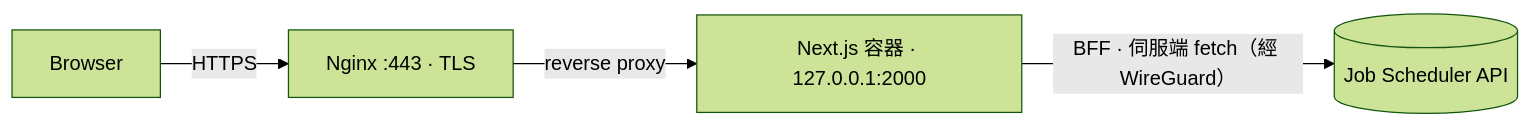
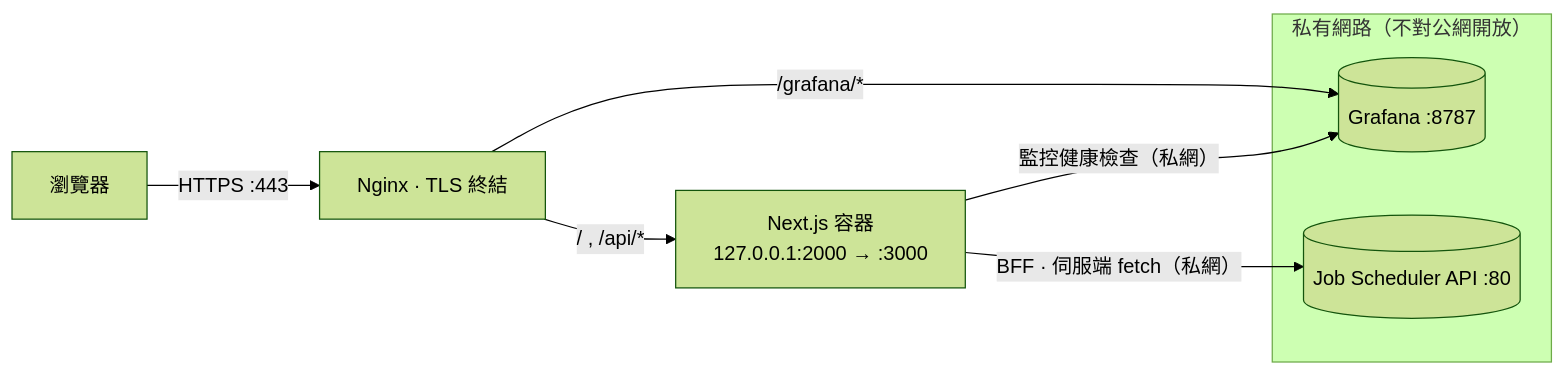
One commit to rogerfan48/distributed-asynchronous-job-scheduler-frontend changed the first of 2 diagrams in README.md. Above: the diagram before and after it, drawn with Mermaid (forest theme). The commit also changed other lines of this file and 1 other file, not shown here.

````diff
--- a/README.md
+++ b/README.md
@@ -30,6 +44,12 @@
 ```mermaid
 flowchart LR
-    Browser -->|HTTPS| Nginx["Nginx :443 · TLS"]
-    Nginx -->|reverse proxy| App["Next.js 容器 · 127.0.0.1:2000"]
-    App -->|"BFF · 伺服端 fetch（經 WireGuard）"| Backend[("Job Scheduler API")]
+    Browser["瀏覽器"] -->|HTTPS :443| Nginx["Nginx · TLS 終結"]
+    Nginx -->|"/ , /api/*"| App["Next.js 容器<br/>127.0.0.1:2000 → :3000"]
+    Nginx -->|"/grafana/*"| Grafana[("Grafana :8787")]
+    App -->|"BFF · 伺服端 fetch（私網）"| Backend[("Job Scheduler API :80")]
+    App -->|"監控健康檢查（私網）"| Grafana
+    subgraph Private["私有網路（不對公網開放）"]
+        Backend
+        Grafana
+    end
 ```
````
